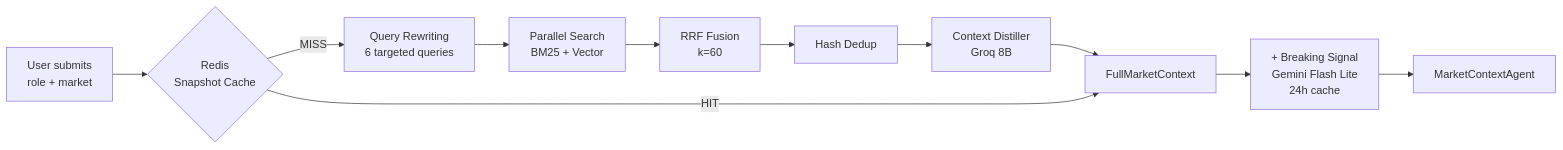
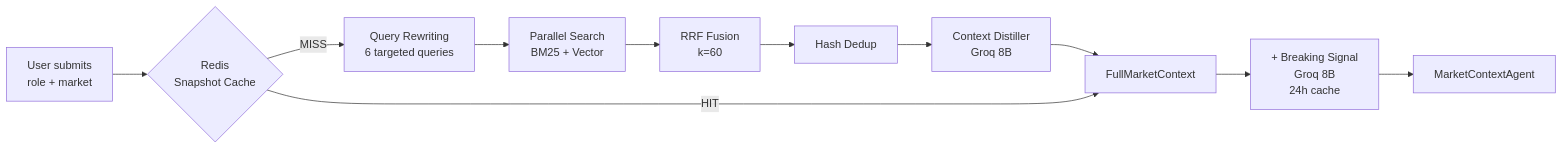
Before and after one commit to Sarv2024aimlco/roast: the second of 4 diagrams in README.md, drawn with Mermaid. The commit also changed other lines of this file and 11 other files, not shown here.

````diff
--- a/README.md
+++ b/README.md
@@ -77,13 +77,13 @@
 ```mermaid
 flowchart LR
     A[User submits\nrole + market] --> B{Redis\nSnapshot Cache}
     B -->|MISS| C[Query Rewriting\n6 targeted queries]
     C --> D[Parallel Search\nBM25 + Vector]
     D --> E[RRF Fusion\nk=60]
     E --> E2[Hash Dedup]
     E2 --> E3[Context Distiller\nGroq 8B]
     E3 --> F[FullMarketContext]
     B -->|HIT| F
-    F --> G[+ Breaking Signal\nGemini Flash Lite\n24h cache]
+    F --> G[+ Breaking Signal\nGroq 8B\n24h cache]
     G --> H[MarketContextAgent]
 ```
````
